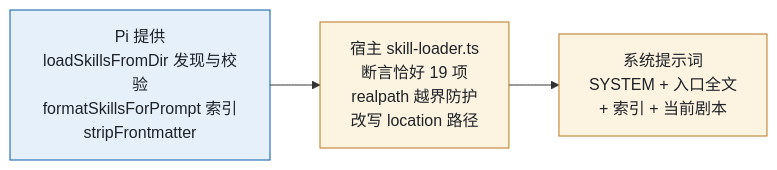
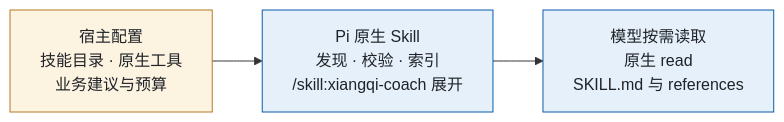
The ninth of 20 diagrams in apps/chinese-chess/docs/ASD-STE100/chinese-chess-whitepaper-ste.md (aicoder2048/pi-vs-claude-code), drawn with Mermaid before and after one commit. The commit also changed other lines of this file and 48 other files, not shown here.

````diff
--- a/apps/chinese-chess/docs/ASD-STE100/chinese-chess-whitepaper-ste.md
+++ b/apps/chinese-chess/docs/ASD-STE100/chinese-chess-whitepaper-ste.md
@@ -671,8 +674,8 @@
 ```mermaid
 flowchart LR
-  PI["Pi 提供<br/>loadSkillsFromDir 发现与校验<br/>formatSkillsForPrompt 索引<br/>stripFrontmatter"]:::l1
-  H["宿主 skill-loader.ts<br/>断言恰好 19 项<br/>realpath 越界防护<br/>改写 location 路径"]:::l3
-  PI --> H --> SP["系统提示词<br/>SYSTEM + 入口全文<br/>+ 索引 + 当前剧本"]:::l3
+  H["宿主配置<br/>技能目录 · 原生工具<br/>业务建议与预算"]:::l3
+  H --> PI["Pi 原生 Skill<br/>发现 · 校验 · 索引<br/>/skill:xiangqi-coach 展开"]:::l1
+  PI --> M["模型按需读取<br/>原生 read<br/>SKILL.md 与 references"]:::l1
   classDef l1 fill:#E6F0FA,stroke:#0B5CAB,color:#1F2328
   classDef l3 fill:#FDF3E1,stroke:#B7791F,color:#1F2328
 ```
````
